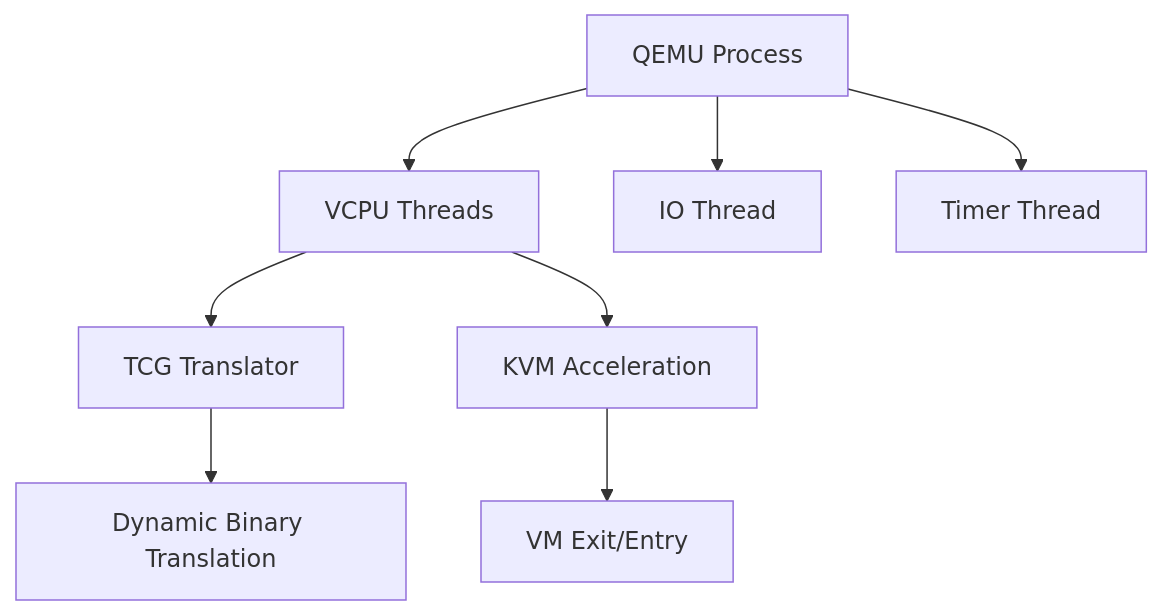
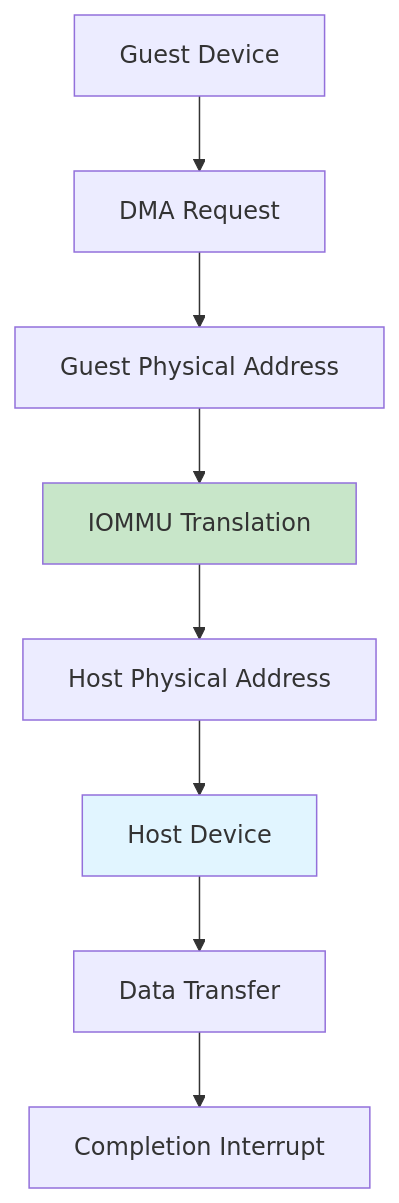
The sixth of 7 diagrams in docs/virtualization/qemu.md (CrakA2/Linux_HA), drawn with Mermaid before and after one commit. The commit also changed other lines of this file and 11 other files, not shown here.

````diff
--- a/docs/virtualization/qemu.md
+++ b/docs/virtualization/qemu.md
@@ -7,10 +369,14 @@
 ```mermaid
 graph TB
-    A[QEMU Process] --> B[VCPU Threads]
-    A --> C[IO Thread]
-    A --> D[Timer Thread]
-    B --> E[TCG Translator]
-    B --> F[KVM Acceleration]
-    E --> G[Dynamic Binary Translation]
-    F --> H[VM Exit/Entry]
+    A[Guest Device] --> B[DMA Request]
+    B --> C[Guest Physical Address]
+    C --> D[IOMMU Translation]
+    D --> E[Host Physical Address]
+    E --> F[Host Device]
+    
+    F --> G[Data Transfer]
+    G --> H[Completion Interrupt]
+    
+    style D fill:#c8e6c9
+    style F fill:#e1f5ff
 ```
````
